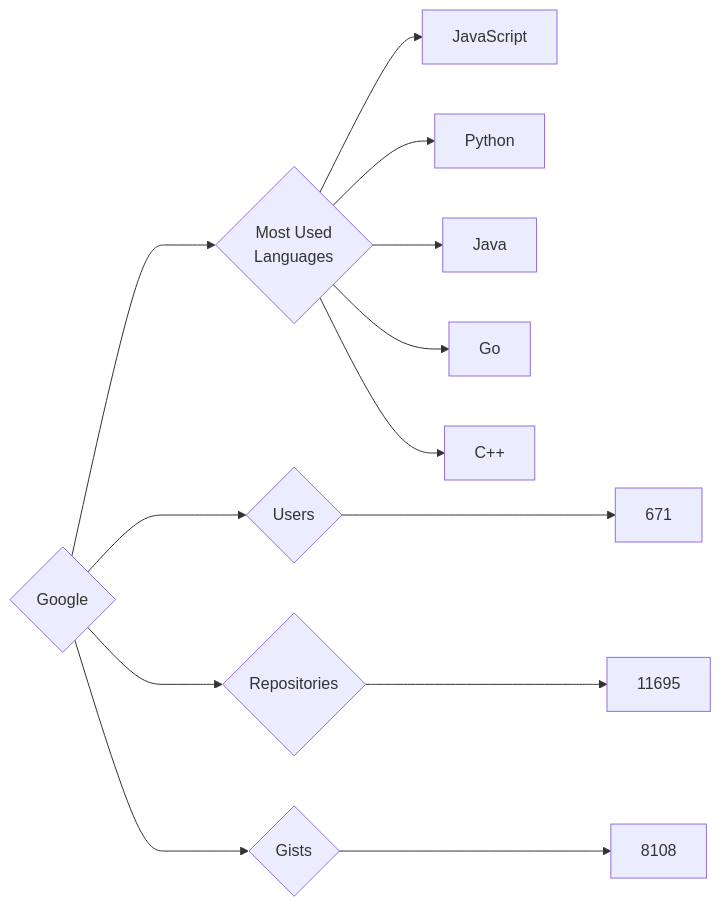
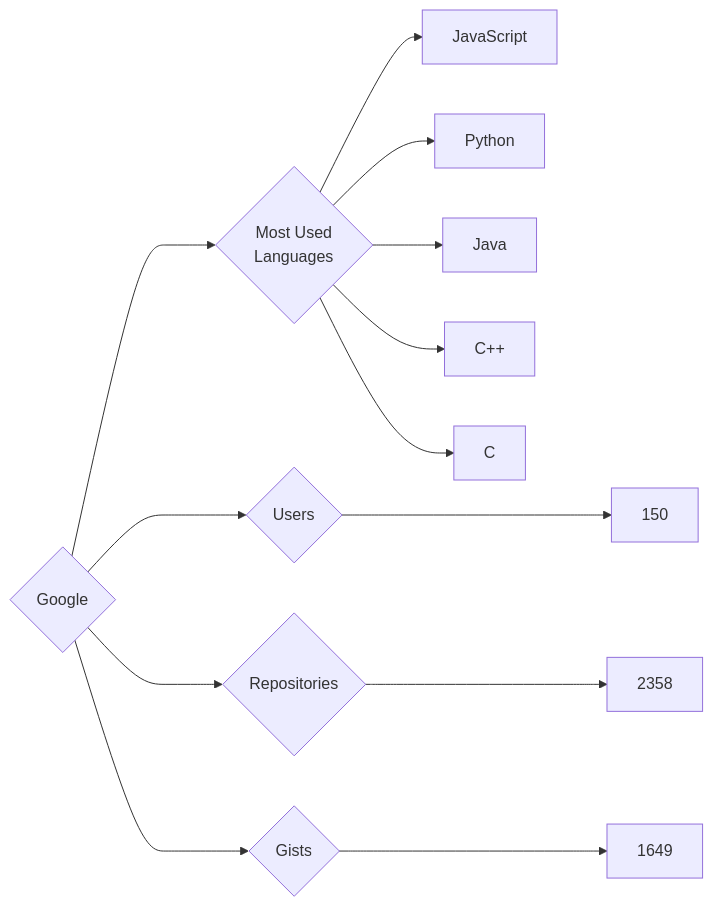
One commit to trickest/insiders changed the diagram in targets/Google/README.md. Above: the diagram before and after it, drawn with Mermaid. The commit also changed 699 other files, not shown here.

````diff
--- a/targets/Google/README.md
+++ b/targets/Google/README.md
@@ -3,13 +3,13 @@
 ```mermaid
 graph LR
 COMPANY_NAME{Google}
-COMPANY_NAME ---> U{Users} ---> UN[671]
-COMPANY_NAME ---> R{Repositories} ---> RN[11695]
-COMPANY_NAME ---> G{Gists} ---> GN[8108]
+COMPANY_NAME ---> U{Users} ---> UN[150]
+COMPANY_NAME ---> R{Repositories} ---> RN[2358]
+COMPANY_NAME ---> G{Gists} ---> GN[1649]
 COMPANY_NAME ---> ML{Most Used<br>Languages}
 ML --> JavaScript[JavaScript]
 ML --> Python[Python]
 ML --> Java[Java]
-ML --> Go[Go]
 ML --> C++[C++]
+ML --> C[C]
 ```
````
